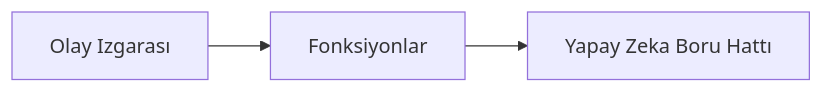
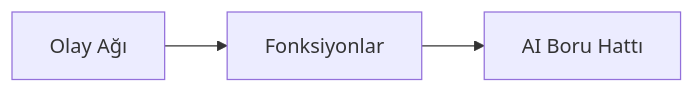
The second of 2 diagrams in translations/tr/docs/chapter-08-production/README.md (microsoft/AZD-for-beginners), drawn with Mermaid before and after one commit. The commit also changed other lines of this file and 61 other files, not shown here.

````diff
--- a/translations/tr/docs/chapter-08-production/README.md
+++ b/translations/tr/docs/chapter-08-production/README.md
@@ -57,4 +57,4 @@
 ```mermaid
 graph LR
-    EventGrid[Olay Izgarası] --> Functions[Fonksiyonlar] --> Pipeline[Yapay Zeka Boru Hattı]
+    EventGrid[Olay Ağı] --> Functions[Fonksiyonlar] --> Pipeline[AI Boru Hattı]
 ```
````
